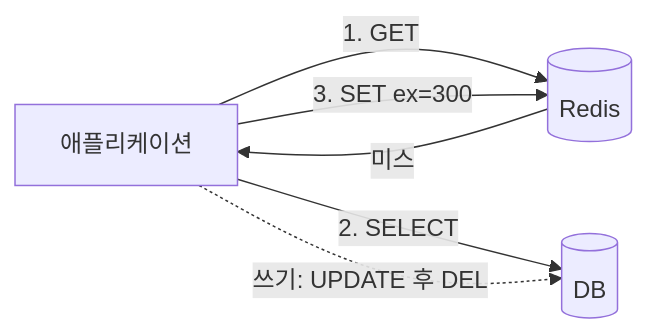
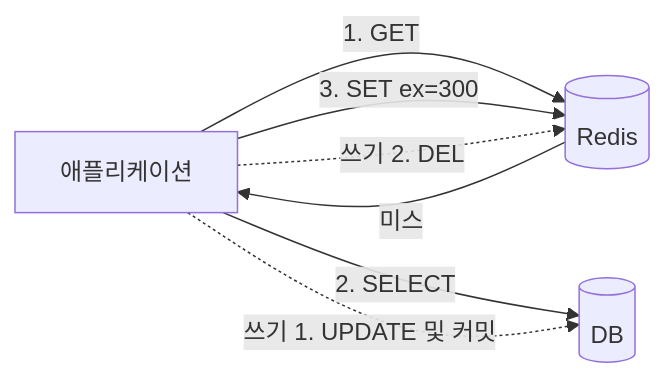
One commit to Alfex4936/alfex4936.github.io changed the second of 5 diagrams in blog/redis-cache-field-guide/ko.md. Above: the diagram before and after it, drawn with Mermaid. The commit also changed other lines of this file and 39 other files, not shown here.

````diff
--- a/blog/redis-cache-field-guide/ko.md
+++ b/blog/redis-cache-field-guide/ko.md
@@ -42,8 +90,9 @@
 ```mermaid
 flowchart LR
   A[애플리케이션] -->|1. GET| C[(Redis)]
   C -->|미스| A
   A -->|2. SELECT| D[(DB)]
   A -->|3. SET ex=300| C
-  A -.->|쓰기: UPDATE 후 DEL| D
+  A -.->|쓰기 1. UPDATE 및 커밋| D
+  A -.->|쓰기 2. DEL| C
 ```
````
